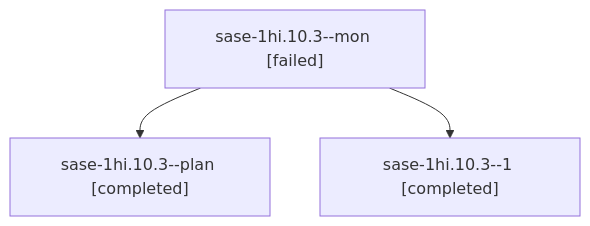
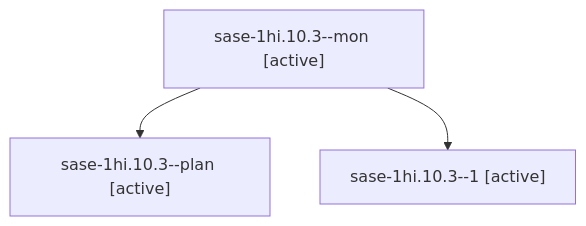
Before and after one commit to sase-org/sase--agents: the diagram in sessions/bbugyi200.apollo.sase-1hi.10.3.md, drawn with Mermaid. The commit also changed other lines of this file and 330 other files, not shown here.

````diff
--- a/sessions/bbugyi200.apollo.sase-1hi.10.3.md
+++ b/sessions/bbugyi200.apollo.sase-1hi.10.3.md
@@ -9,8 +9,8 @@
 ```mermaid
 flowchart TD
-  n0["sase-1hi.10.3--mon [failed]"]
-  n1["sase-1hi.10.3--plan [completed]"]
+  n0["sase-1hi.10.3--mon [active]"]
+  n1["sase-1hi.10.3--plan [active]"]
   n0 --> n1
-  n2["sase-1hi.10.3--1 [completed]"]
+  n2["sase-1hi.10.3--1 [active]"]
   n0 --> n2
 ```
````
